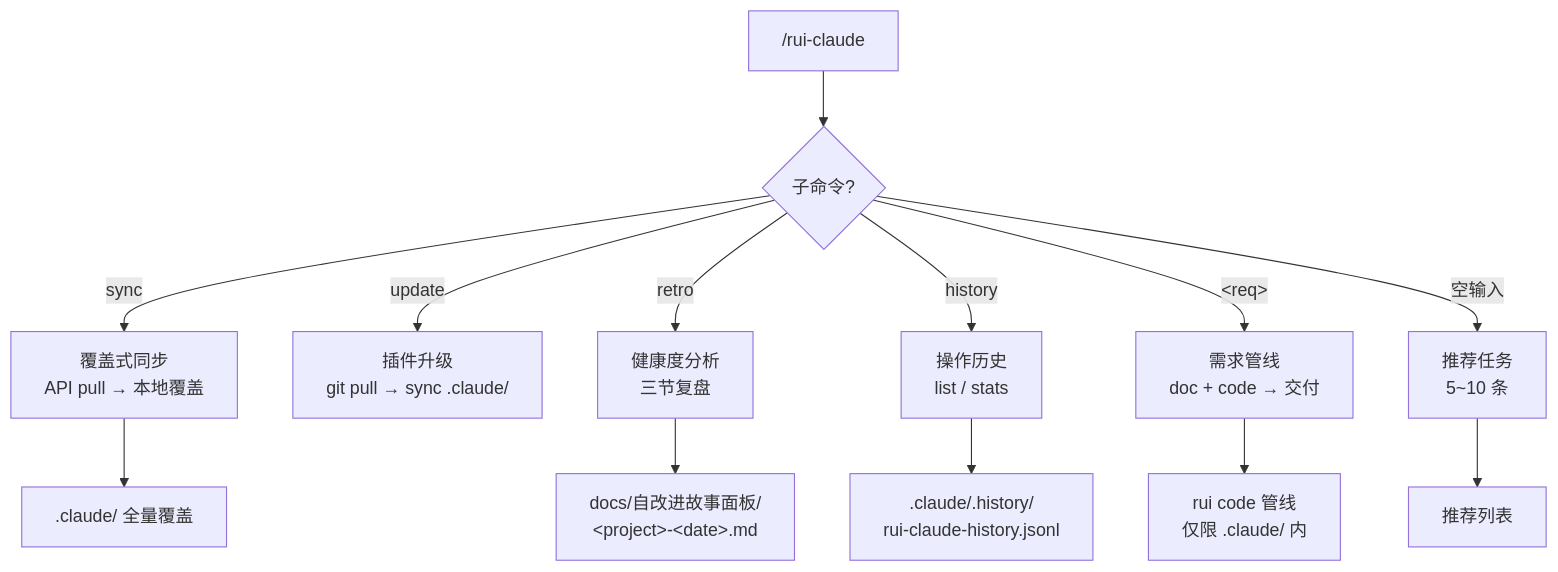
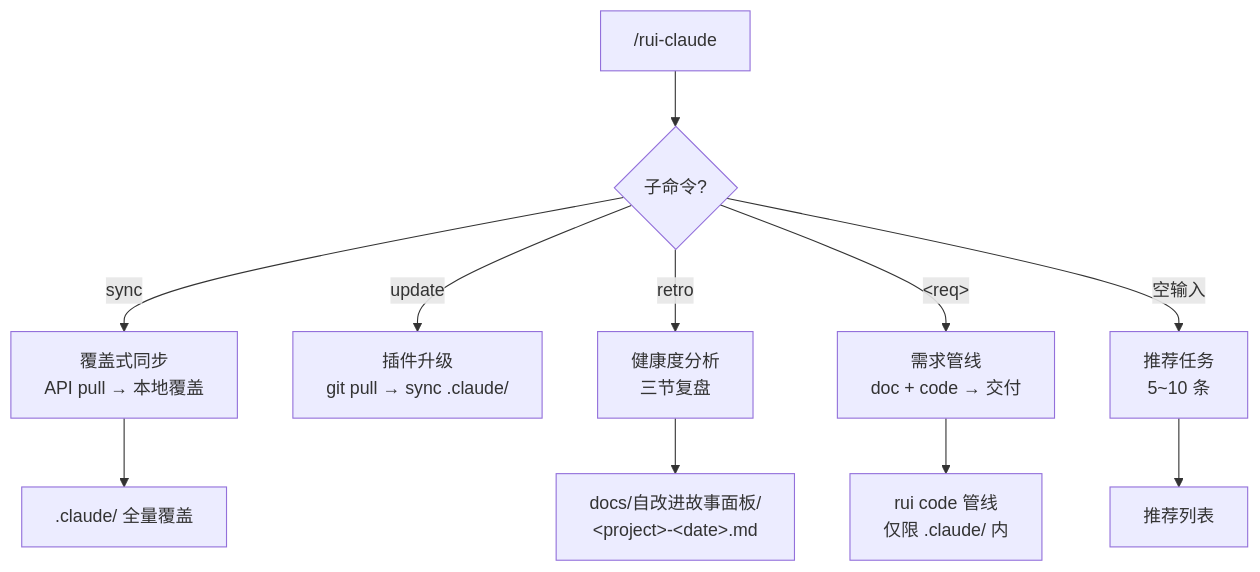
Before and after one commit to effiy/YrY: the first of 7 diagrams in skills/rui-claude/SKILL.md, drawn with Mermaid. The commit also changed other lines of this file and 91 other files, not shown here.

````diff
--- a/skills/rui-claude/SKILL.md
+++ b/skills/rui-claude/SKILL.md
@@ -20,18 +20,16 @@
 ```mermaid
 flowchart TB
     ENTRY["/rui-claude"]:::src --> Q1{"子命令?"}
 
     Q1 -->|"sync"| SYNC["覆盖式同步<br/>API pull → 本地覆盖"]:::cmd
     Q1 -->|"update"| UPDATE["插件升级<br/>git pull → sync .claude/"]:::cmd
     Q1 -->|"retro"| RETRO["健康度分析<br/>三节复盘"]:::cmd
-    Q1 -->|"history"| HIST["操作历史<br/>list / stats"]:::cmd
     Q1 -->|"&lt;req&gt;"| REQ["需求管线<br/>doc + code → 交付"]:::cmd
     Q1 -->|"空输入"| LIST["推荐任务<br/>5~10 条"]:::cmd
 
     SYNC --> S_OUT[".claude/ 全量覆盖"]:::out
     RETRO --> R_OUT["docs/自改进故事面板/<br/>&lt;project&gt;-&lt;date&gt;.md"]:::out
-    HIST --> H_OUT[".claude/.history/<br/>rui-claude-history.jsonl"]:::out
     REQ --> PIPE["rui code 管线<br/>仅限 .claude/ 内"]:::pipe
     LIST --> L_OUT["推荐列表"]:::out
 
 ```
````
